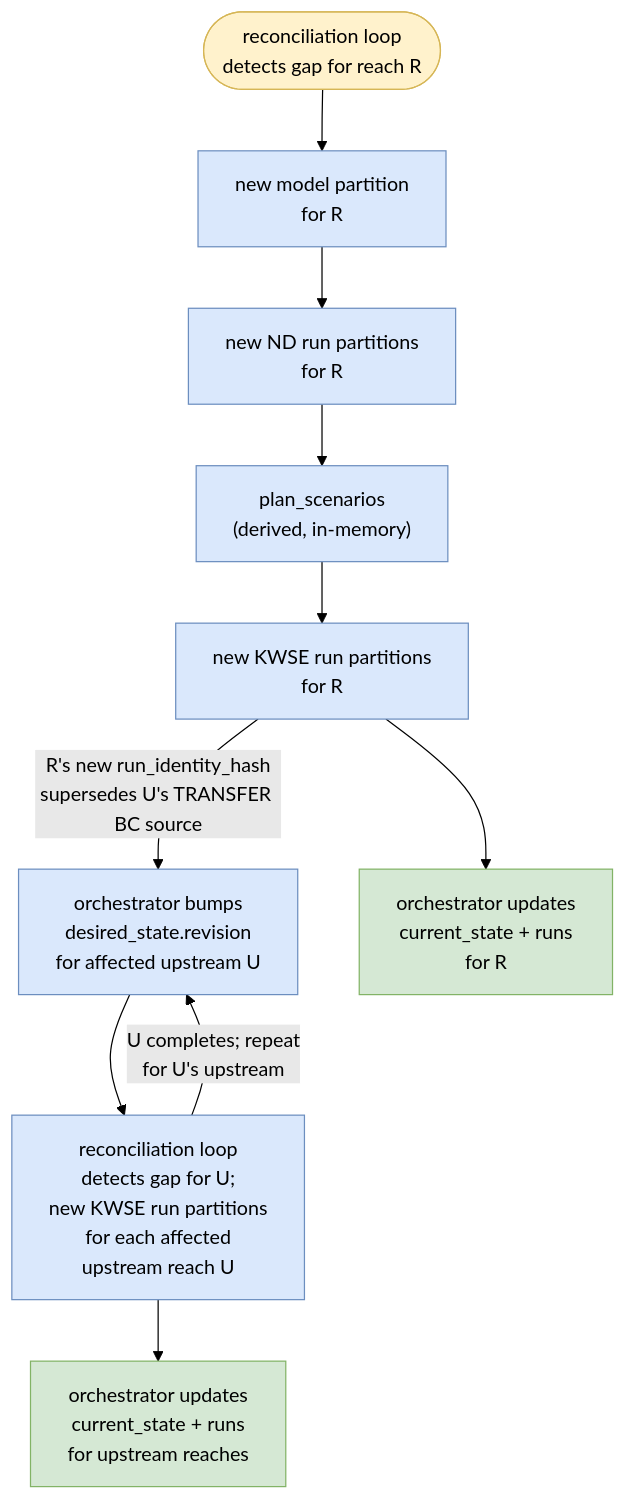
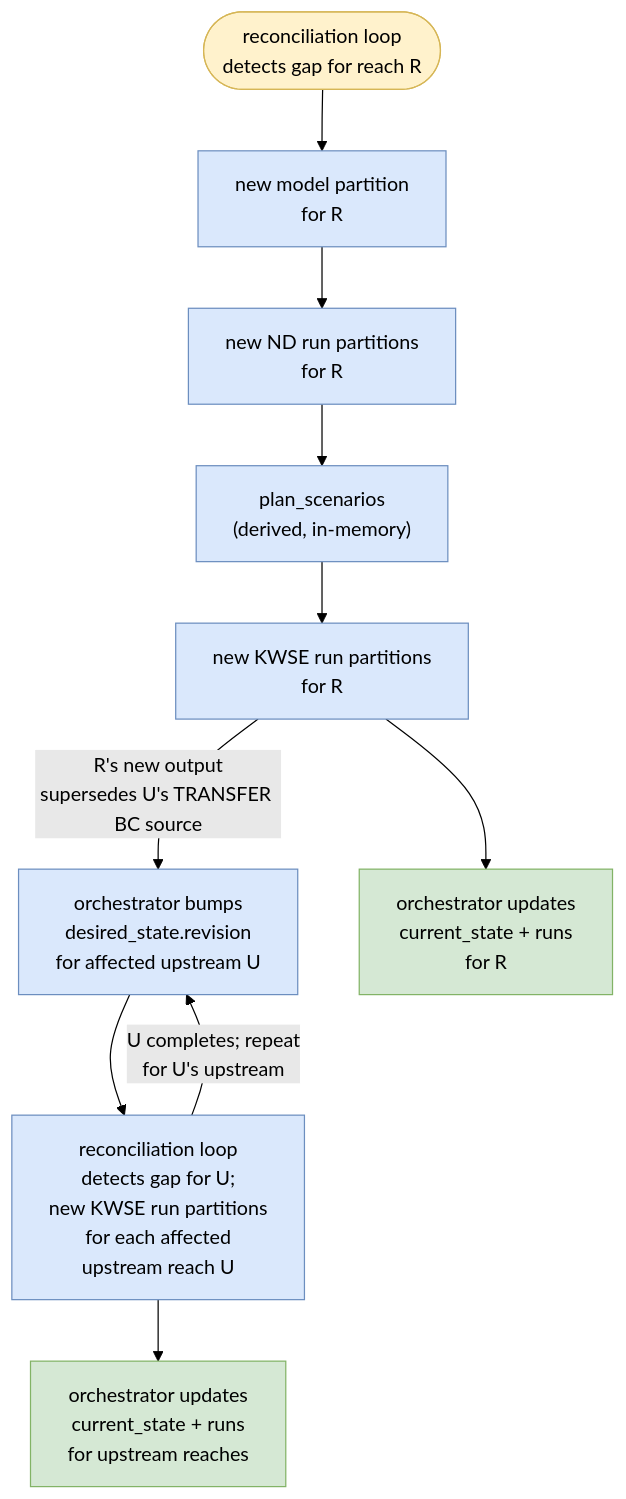
Before and after one commit to NOAA-OWP/twod-fim-knowledge-base: the diagram in system-design/specs/triggers-and-propagation.md, drawn with Mermaid (forest theme). The commit also changed other lines of this file and 2 other files, not shown here.

````diff
--- a/system-design/specs/triggers-and-propagation.md
+++ b/system-design/specs/triggers-and-propagation.md
@@ -85,23 +73,23 @@
 ```mermaid
 flowchart TD
     GAP(["reconciliation loop<br/>detects gap for reach R"])
     GAP --> MR["new model partition<br/>for R"]
     MR --> NDR["new ND run partitions<br/>for R"]
     NDR --> SSR["plan_scenarios<br/>(derived, in-memory)"]
     SSR --> KWR["new KWSE run partitions<br/>for R"]
 
-    KWR -- "R's new run_identity_hash<br/>supersedes U's TRANSFER BC source" --> BUMP["orchestrator bumps<br/>desired_state.revision<br/>for affected upstream U"]
+    KWR -- "R's new output<br/>supersedes U's TRANSFER BC source" --> BUMP["orchestrator bumps<br/>desired_state.revision<br/>for affected upstream U"]
 
     BUMP --> UPS["reconciliation loop<br/>detects gap for U;<br/>new KWSE run partitions<br/>for each affected<br/>upstream reach U"]
 
     KWR --> DB1["orchestrator updates<br/>current_state + runs<br/>for R"]
     UPS --> DB2["orchestrator updates<br/>current_state + runs<br/>for upstream reaches"]
     UPS -- "U completes; repeat<br/>for U's upstream" --> BUMP
 
     classDef trigger fill:#fff2cc,stroke:#d6b656
     classDef newpartition fill:#dae8fc,stroke:#6c8ebf
     classDef done fill:#d5e8d4,stroke:#82b366
     class GAP trigger
     class MR,NDR,SSR,KWR,UPS,BUMP newpartition
     class DB1,DB2 done
 ```
````
